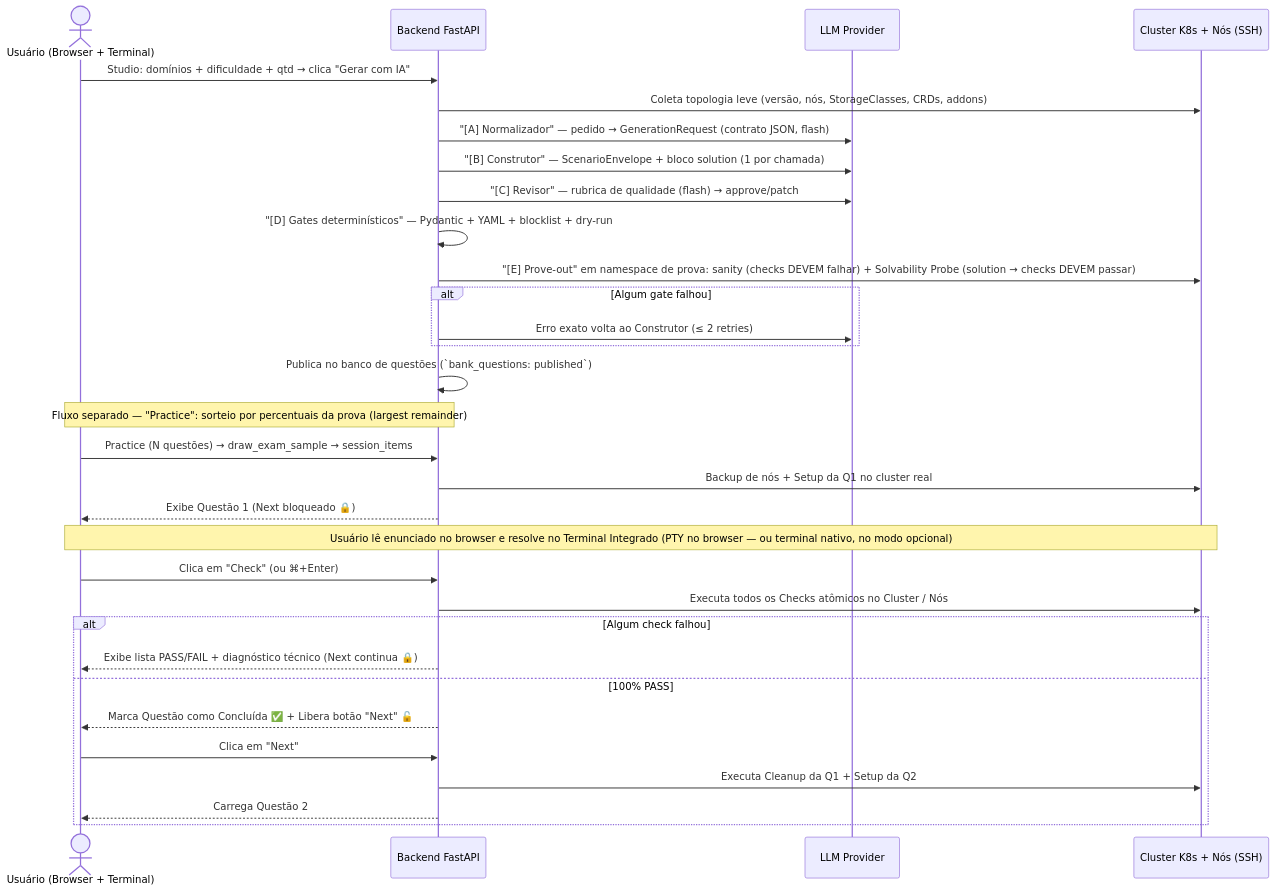
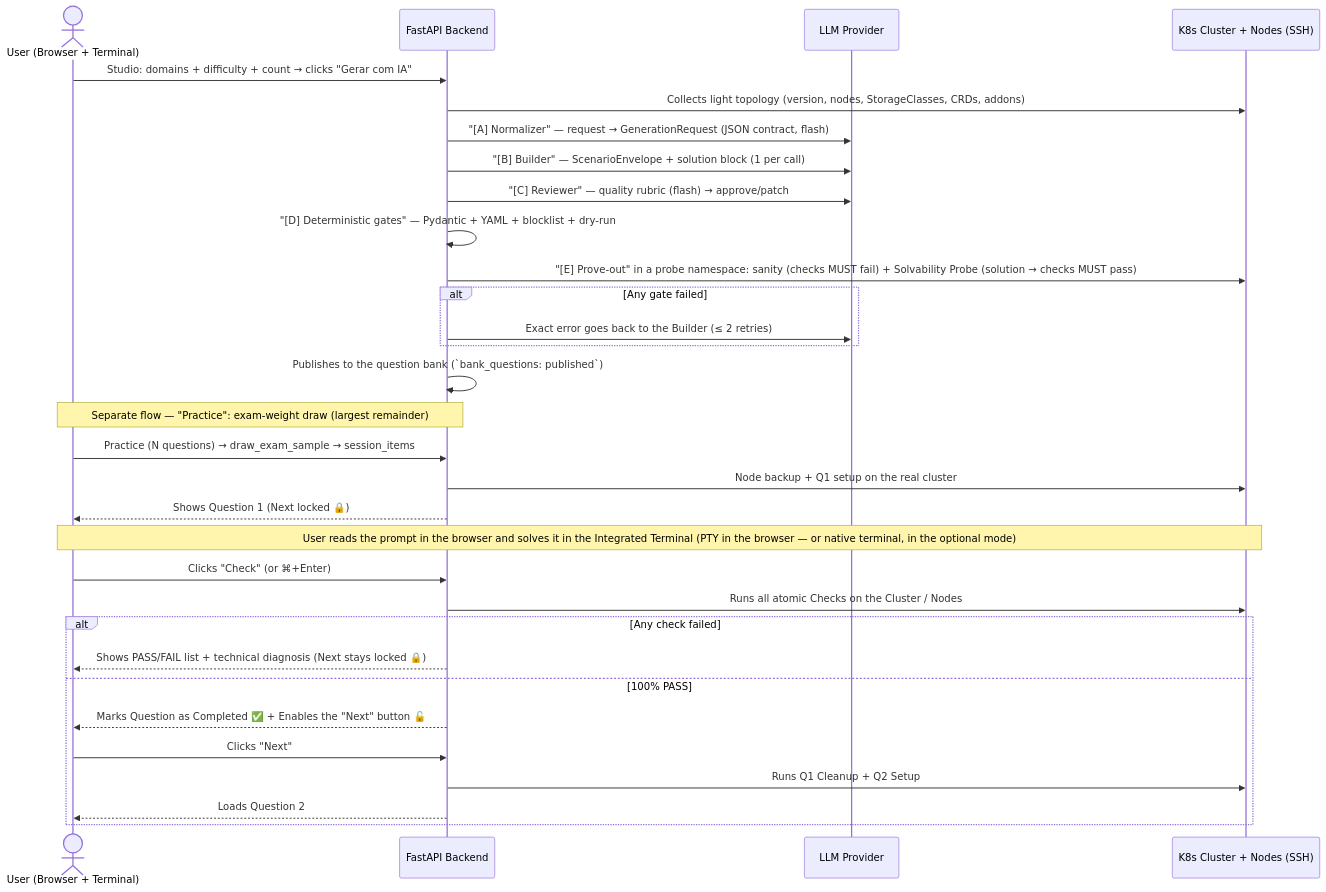
The second of 3 diagrams in ARCHITECTURE.md (Fabi0x01/cka-arena), drawn with Mermaid before and after one commit. The commit also changed other lines of this file and 10 other files, not shown here.

````diff
--- a/ARCHITECTURE.md
+++ b/ARCHITECTURE.md
@@ -34,36 +34,36 @@
 ```mermaid
 sequenceDiagram
-    actor U as Usuário (Browser + Terminal)
-    participant B as Backend FastAPI
+    actor U as User (Browser + Terminal)
+    participant B as FastAPI Backend
     participant L as LLM Provider
-    participant K as Cluster K8s + Nós (SSH)
+    participant K as K8s Cluster + Nodes (SSH)
 
-    U->>B: Studio: domínios + dificuldade + qtd → clica "Gerar com IA"
-    B->>K: Coleta topologia leve (versão, nós, StorageClasses, CRDs, addons)
-    B->>L: "[A] Normalizador" — pedido → GenerationRequest (contrato JSON, flash)
-    B->>L: "[B] Construtor" — ScenarioEnvelope + bloco solution (1 por chamada)
-    B->>L: "[C] Revisor" — rubrica de qualidade (flash) → approve/patch
-    B->>B: "[D] Gates determinísticos" — Pydantic + YAML + blocklist + dry-run
-    B->>K: "[E] Prove-out" em namespace de prova: sanity (checks DEVEM falhar) + Solvability Probe (solution → checks DEVEM passar)
-    alt Algum gate falhou
-        B->>L: Erro exato volta ao Construtor (≤ 2 retries)
+    U->>B: Studio: domains + difficulty + count → clicks "Gerar com IA"
+    B->>K: Collects light topology (version, nodes, StorageClasses, CRDs, addons)
+    B->>L: "[A] Normalizer" — request → GenerationRequest (JSON contract, flash)
+    B->>L: "[B] Builder" — ScenarioEnvelope + solution block (1 per call)
+    B->>L: "[C] Reviewer" — quality rubric (flash) → approve/patch
+    B->>B: "[D] Deterministic gates" — Pydantic + YAML + blocklist + dry-run
+    B->>K: "[E] Prove-out" in a probe namespace: sanity (checks MUST fail) + Solvability Probe (solution → checks MUST pass)
+    alt Any gate failed
+        B->>L: Exact error goes back to the Builder (≤ 2 retries)
     end
-    B->>B: Publica no banco de questões (`bank_questions: published`)
-    Note over U,B: Fluxo separado — "Practice": sorteio por percentuais da prova (largest remainder)
-    U->>B: Practice (N questões) → draw_exam_sample → session_items
-    B->>K: Backup de nós + Setup da Q1 no cluster real
-    B-->>U: Exibe Questão 1 (Next bloqueado 🔒)
+    B->>B: Publishes to the question bank (`bank_questions: published`)
+    Note over U,B: Separate flow — "Practice": exam-weight draw (largest remainder)
+    U->>B: Practice (N questions) → draw_exam_sample → session_items
+    B->>K: Node backup + Q1 setup on the real cluster
+    B-->>U: Shows Question 1 (Next locked 🔒)
 
-    Note over U,K: Usuário lê enunciado no browser e resolve no Terminal Integrado (PTY no browser — ou terminal nativo, no modo opcional)
+    Note over U,K: User reads the prompt in the browser and solves it in the Integrated Terminal (PTY in the browser — or native terminal, in the optional mode)
 
-    U->>B: Clica em "Check" (ou ⌘+Enter)
-    B->>K: Executa todos os Checks atômicos no Cluster / Nós
-    alt Algum check falhou
-        B-->>U: Exibe lista PASS/FAIL + diagnóstico técnico (Next continua 🔒)
+    U->>B: Clicks "Check" (or ⌘+Enter)
+    B->>K: Runs all atomic Checks on the Cluster / Nodes
+    alt Any check failed
+        B-->>U: Shows PASS/FAIL list + technical diagnosis (Next stays locked 🔒)
     else 100% PASS
-        B-->>U: Marca Questão como Concluída ✅ + Libera botão "Next" 🔓
-        U->>B: Clica em "Next"
-        B->>K: Executa Cleanup da Q1 + Setup da Q2
-        B-->>U: Carrega Questão 2
+        B-->>U: Marks Question as Completed ✅ + Enables the "Next" button 🔓
+        U->>B: Clicks "Next"
+        B->>K: Runs Q1 Cleanup + Q2 Setup
+        B-->>U: Loads Question 2
     end
 ```
````
